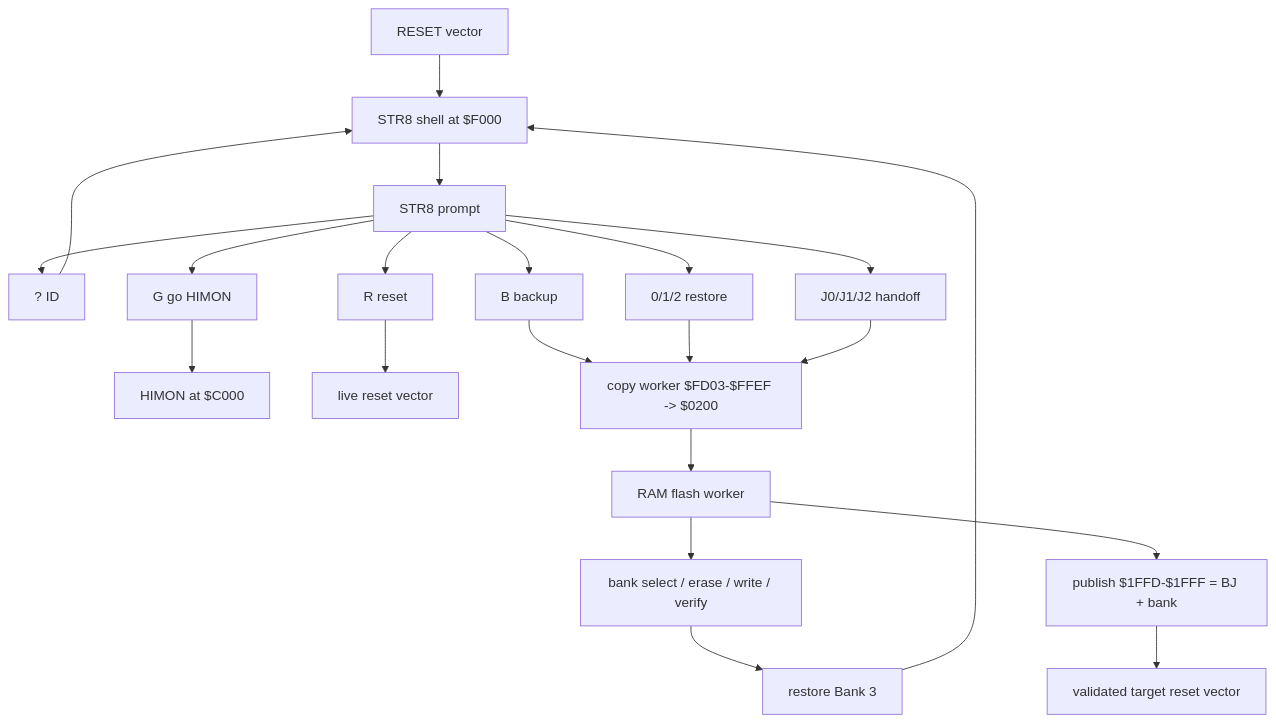
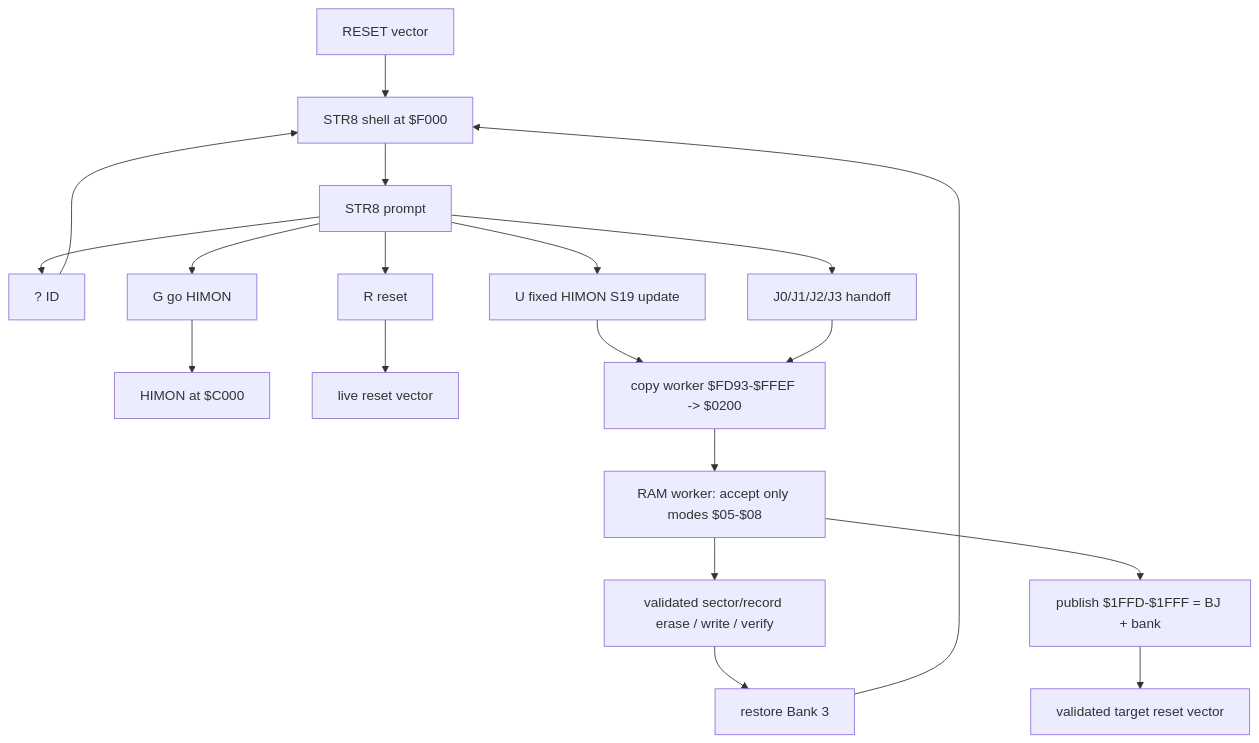
One commit to 95westus/R-YORS changed the fifth of 6 diagrams in DOC/GUIDES/STR8/STR8.md. Above: the diagram before and after it, drawn with Mermaid. The commit also changed other lines of this file and 35 other files, not shown here.

````diff
--- a/DOC/GUIDES/STR8/STR8.md
+++ b/DOC/GUIDES/STR8/STR8.md
@@ -681,27 +704,25 @@
 ```mermaid
 flowchart TD
     RESET[RESET vector] --> STR8[STR8 shell at $F000]
     STR8 --> PROMPT[STR8 prompt]
 
     PROMPT --> Q[? ID]
-    PROMPT --> B[B backup]
-    PROMPT --> RST[0/1/2 restore]
-    PROMPT --> J[J0/J1/J2 handoff]
+    PROMPT --> U[U fixed HIMON S19 update]
+    PROMPT --> J[J0/J1/J2/J3 handoff]
     PROMPT --> G[G go HIMON]
     PROMPT --> R[R reset]
 
     G --> HIMON[HIMON at $C000]
     R --> RESETV[live reset vector]
 
-    B --> COPY[copy worker $FD03-$FFEF -> $0200]
-    RST --> COPY
+    U --> COPY[copy worker $FD93-$FFEF -> $0200]
     J --> COPY
-    COPY --> WORKER[RAM flash worker]
-    WORKER --> FLASH[bank select / erase / write / verify]
+    COPY --> WORKER[RAM worker: accept only modes $05-$08]
+    WORKER --> FLASH[validated sector/record erase / write / verify]
     FLASH --> BANK3[restore Bank 3]
     BANK3 --> STR8
     WORKER --> BJR[publish $1FFD-$1FFF = BJ + bank]
     BJR --> GUEST[validated target reset vector]
 
     Q --> STR8
 ```
````
